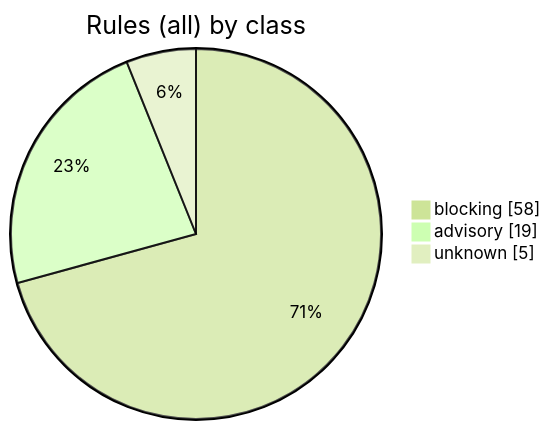
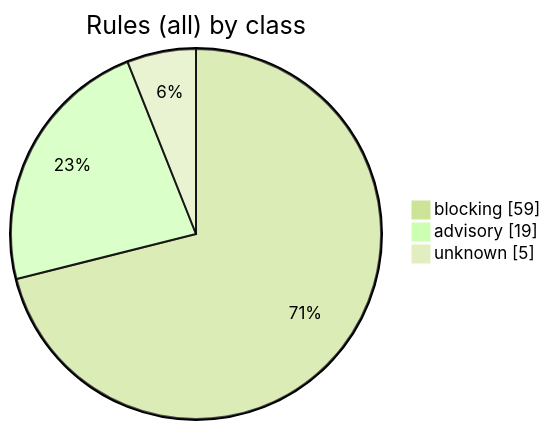
The diagram in .ai/repo/rules/README.md (korczis/OpenTTD), drawn with Mermaid (forest theme) before and after one commit. The commit also changed other lines of this file and 2 other files, not shown here.

Commit message:
Doc: [Fork] Rule: extend and integrate what exists before adding a parallel piece
project.extend-and-integrate-before-adding (blocking, reviewer-owned) records
the owner's order of 2026-11-22 verbatim. Before adding a piece, look for the
one that already does part of the job and extend it cleanly. Leave no second
implementation behind. Put produced data where others can read it (the bus,
the store and its views, the blackboard, the mesh). Clear cheap debt instead
of adding to it.

````diff
--- a/.ai/repo/rules/README.md
+++ b/.ai/repo/rules/README.md
@@ -106,7 +106,7 @@
 ```mermaid
 pie showData title Rules (all) by class
     %% links: README.md?col=Class&filter=blocking#in-this-repository | README.md?col=Class&filter=advisory#in-this-repository | README.md?col=Class&filter=#in-this-repository
-    "blocking" : 58
+    "blocking" : 59
     "advisory" : 19
     "unknown" : 5
 ```
````
